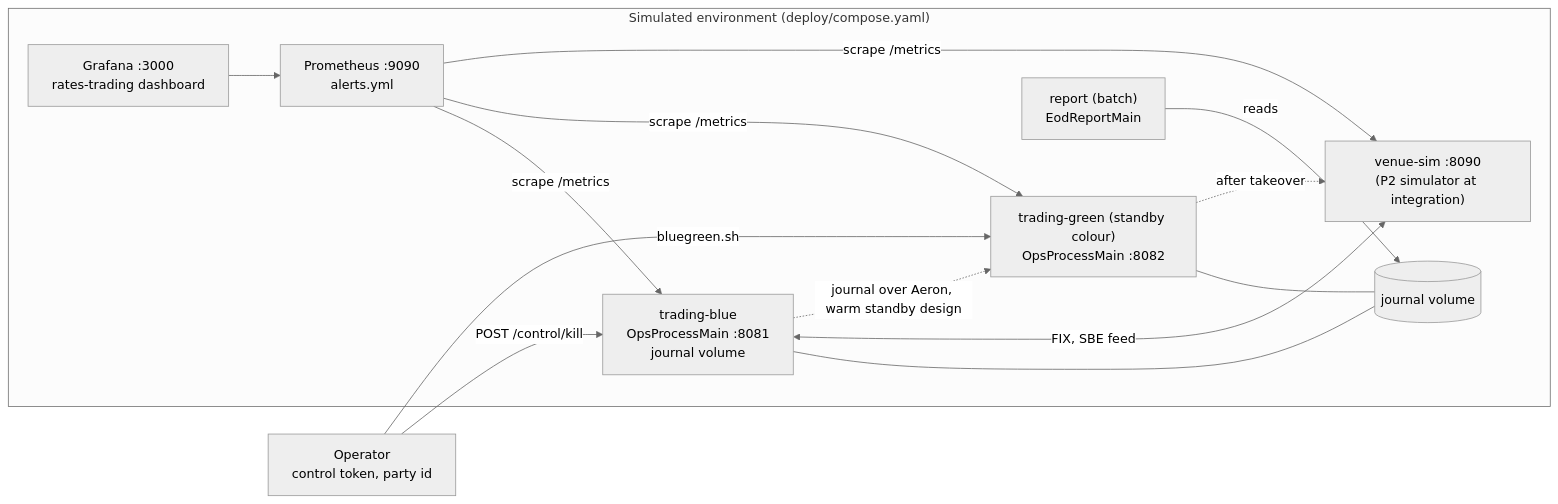
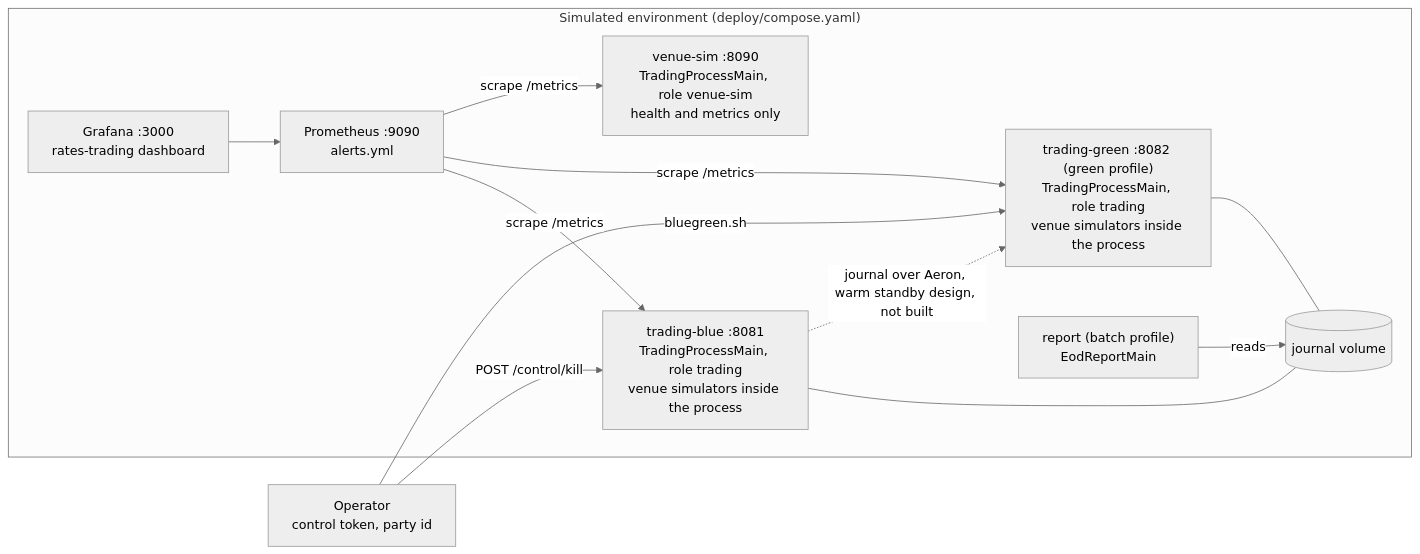
Before and after one commit to AshJha0/rates-algo-trading: the diagram in docs/diagrams/deployment_topology.mmd, drawn with Mermaid (neutral theme). The commit also changed 32 other files, not shown here.

Commit message:
docs: audit against the code at HEAD; README entry, order lifecycle, v2 process, pricing path and six diagrams

```diff
--- a/docs/diagrams/deployment_topology.mmd
+++ b/docs/diagrams/deployment_topology.mmd
@@ -1,24 +1,22 @@
 flowchart LR
   subgraph host["Simulated environment (deploy/compose.yaml)"]
-    blue["trading-blue<br/>OpsProcessMain :8081<br/>journal volume"]
-    green["trading-green (standby colour)<br/>OpsProcessMain :8082"]
-    venue["venue-sim :8090<br/>(P2 simulator at integration)"]
+    blue["trading-blue :8081<br/>TradingProcessMain, role trading<br/>venue simulators inside the process"]
+    green["trading-green :8082 (green profile)<br/>TradingProcessMain, role trading<br/>venue simulators inside the process"]
+    venue["venue-sim :8090<br/>TradingProcessMain, role venue-sim<br/>health and metrics only"]
     prom["Prometheus :9090<br/>alerts.yml"]
     graf["Grafana :3000<br/>rates-trading dashboard"]
-    report["report (batch)<br/>EodReportMain"]
+    report["report (batch profile)<br/>EodReportMain"]
     vol[("journal volume")]
   end
   operator["Operator<br/>control token, party id"]
 
   blue --- vol
   green --- vol
   report -->|reads| vol
-  blue <-->|FIX, SBE feed| venue
-  green -.->|after takeover| venue
   prom -->|scrape /metrics| blue
   prom -->|scrape /metrics| green
   prom -->|scrape /metrics| venue
   graf --> prom
   operator -->|POST /control/kill| blue
   operator -->|bluegreen.sh| green
-  blue -.->|journal over Aeron, warm standby design| green
+  blue -.->|journal over Aeron, warm standby design, not built| green
```
